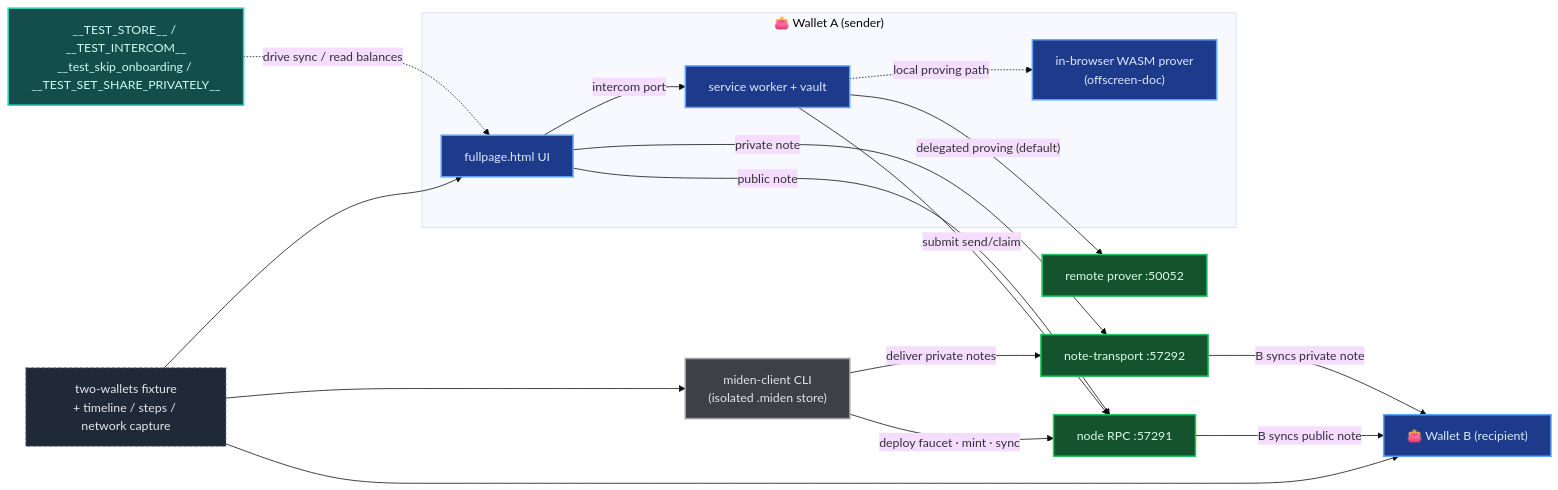
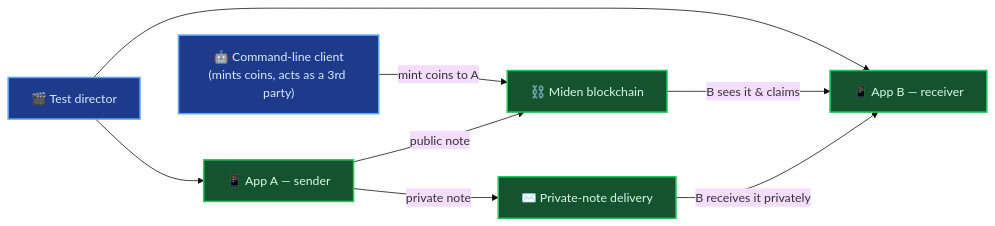
The third of 8 diagrams in playwright/e2e/docs/e2e-architecture.md (0xMiden/wallet), drawn with Mermaid (base theme) before and after one commit. The commit also changed other lines of this file, not shown here.

Commit message:
docs(e2e): rewrite for a non-Miden audience — plainer language, high-level diagrams, corrected claims

````diff
--- a/playwright/e2e/docs/e2e-architecture.md
+++ b/playwright/e2e/docs/e2e-architecture.md
@@ -142,38 +110,20 @@
 ```mermaid
 flowchart LR
-  FIX["two-wallets fixture<br/>+ timeline / steps / network capture"]:::infra
-  CLI["miden-client CLI<br/>(isolated .miden store)"]:::cli
+  DIR["🎬 Test director"]:::test
+  CLI["🤖 Command-line client<br/>(mints coins, acts as a 3rd party)"]:::test
+  A["📱 App A — sender"]:::real
+  B["📱 App B — receiver"]:::real
+  CHAIN["⛓️ Miden blockchain"]:::real
+  SIDE["✉️ Private-note delivery"]:::real
 
-  subgraph WA["👛 Wallet A (sender)"]
-    PA["fullpage.html UI"]:::wallet
-    SWA["service worker + vault"]:::wallet
-    WASM["in-browser WASM prover<br/>(offscreen-doc)"]:::wallet
-  end
-  WB["👛 Wallet B (recipient)"]:::wallet
-
-  HOOKS["__TEST_STORE__ / __TEST_INTERCOM__<br/>__test_skip_onboarding / __TEST_SET_SHARE_PRIVATELY__"]:::hook
-
-  SEQ["node RPC :57291"]:::real
-  PROV["remote prover :50052"]:::real
-  NTL["note-transport :57292"]:::real
-
-  FIX --> PA & WB
-  FIX --> CLI
-  CLI -->|"deploy faucet · mint · sync"| SEQ
-  CLI -->|"deliver private notes"| NTL
-  PA -->|"intercom port"| SWA
-  SWA -->|"submit send/claim"| SEQ
-  SWA -->|"delegated proving (default)"| PROV
-  SWA -.->|"local proving path"| WASM
-  PA -->|"public note"| SEQ
-  PA -->|"private note"| NTL
-  SEQ -->|"B syncs public note"| WB
-  NTL -->|"B syncs private note"| WB
-  HOOKS -.->|"drive sync / read balances"| PA
+  DIR --> A
+  DIR --> B
+  CLI -->|"mint coins to A"| CHAIN
+  A -->|"public note"| CHAIN
+  A -->|"private note"| SIDE
+  CHAIN -->|"B sees it & claims"| B
+  SIDE -->|"B receives it privately"| B
 
   classDef real fill:#14532d,stroke:#22c55e,stroke-width:2px,color:#dcfce7;
-  classDef wallet fill:#1e3a8a,stroke:#60a5fa,stroke-width:2px,color:#dbeafe;
-  classDef hook fill:#134e4a,stroke:#2dd4bf,stroke-width:2px,color:#ccfbf1;
-  classDef cli fill:#3f3f46,stroke:#a1a1aa,stroke-width:2px,color:#e4e4e7;
-  classDef infra fill:#1f2937,stroke:#6b7280,stroke-width:1px,color:#e5e7eb,stroke-dasharray:4 3;
+  classDef test fill:#1e3a8a,stroke:#60a5fa,stroke-width:2px,color:#dbeafe;
 ```
````
